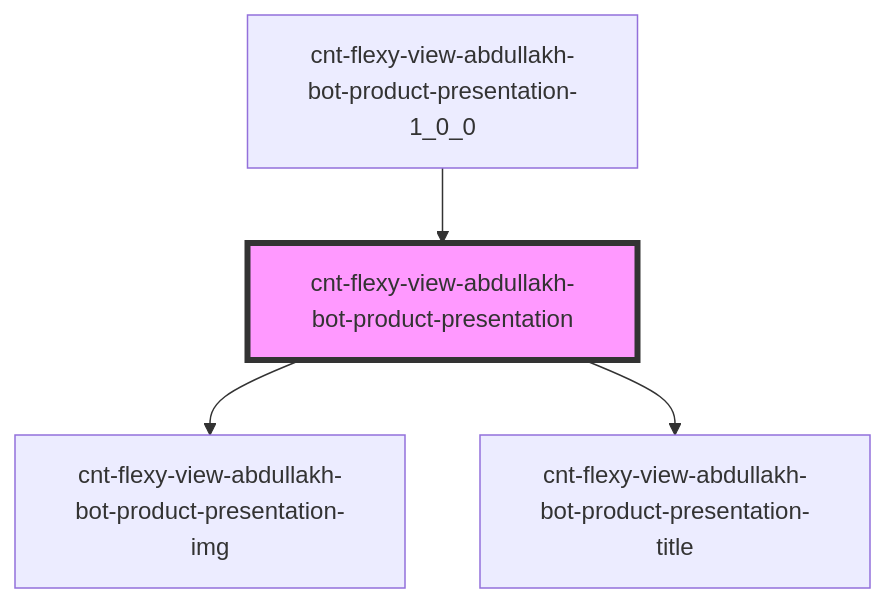
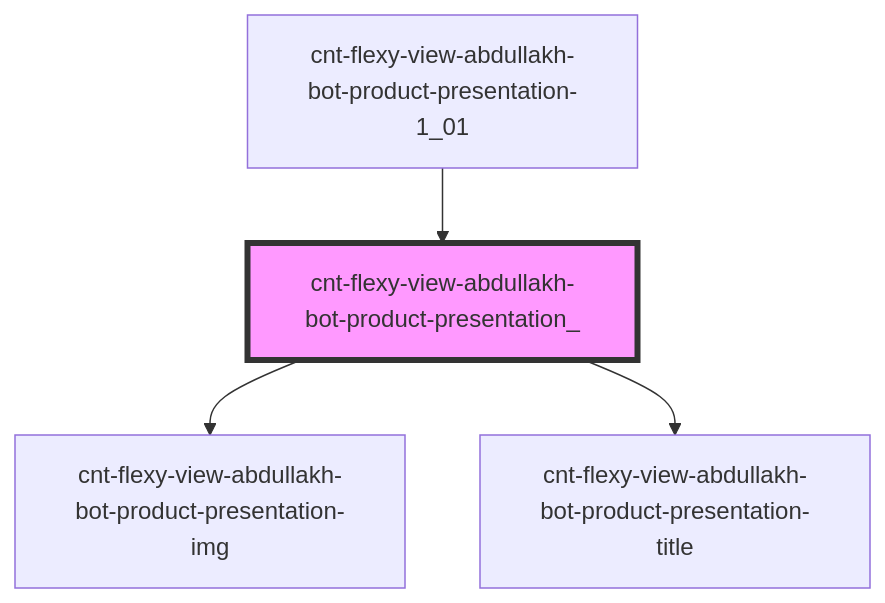
The diagram in src/components/cnt-flexy-view-abdullakh-bot-product-presentation/res/view/cnt-flexy-view-abdullakh-bot-product-presentation_/readme.md (Wokh-Dada/botdevelopmentapp), drawn with Mermaid before and after one commit. The commit also changed other lines of this file and 34 other files, not shown here.

````diff
--- a/src/components/cnt-flexy-view-abdullakh-bot-product-presentation/res/view/cnt-flexy-view-abdullakh-bot-product-presentation_/readme.md
+++ b/src/components/cnt-flexy-view-abdullakh-bot-product-presentation/res/view/cnt-flexy-view-abdullakh-bot-product-presentation_/readme.md
@@ -35,7 +35,7 @@
 ```mermaid
 graph TD;
-  cnt-flexy-view-abdullakh-bot-product-presentation --> cnt-flexy-view-abdullakh-bot-product-presentation-img
-  cnt-flexy-view-abdullakh-bot-product-presentation --> cnt-flexy-view-abdullakh-bot-product-presentation-title
-  cnt-flexy-view-abdullakh-bot-product-presentation-1_0_0 --> cnt-flexy-view-abdullakh-bot-product-presentation
-  style cnt-flexy-view-abdullakh-bot-product-presentation fill:#f9f,stroke:#333,stroke-width:4px
+  cnt-flexy-view-abdullakh-bot-product-presentation_ --> cnt-flexy-view-abdullakh-bot-product-presentation-img
+  cnt-flexy-view-abdullakh-bot-product-presentation_ --> cnt-flexy-view-abdullakh-bot-product-presentation-title
+  cnt-flexy-view-abdullakh-bot-product-presentation-1_01 --> cnt-flexy-view-abdullakh-bot-product-presentation_
+  style cnt-flexy-view-abdullakh-bot-product-presentation_ fill:#f9f,stroke:#333,stroke-width:4px
 ```
````
